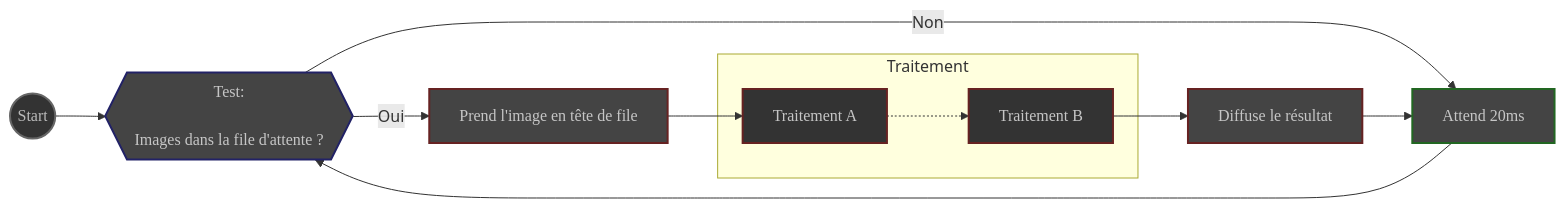
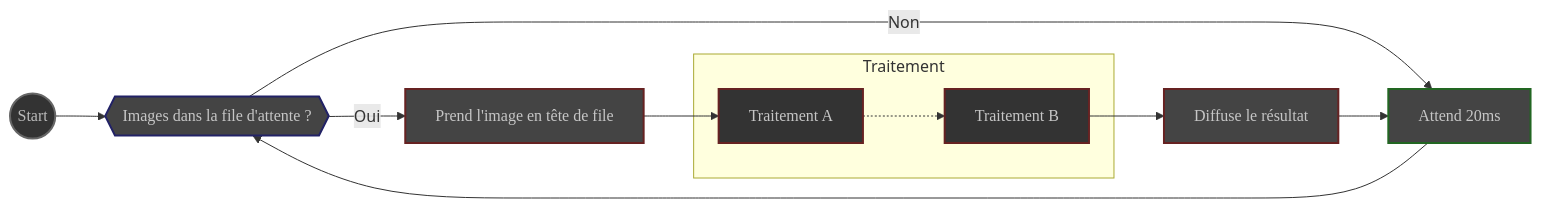
The second of 4 diagrams in content/fr/docs/v0.7/reference/modules/_index.md (deufrai/als), drawn with Mermaid before and after one commit. The commit also changed other lines of this file and 5 other files, not shown here.

Commit message:
add flowchart for dark subtraction process

````diff
--- a/content/fr/docs/v0.7/reference/modules/_index.md
+++ b/content/fr/docs/v0.7/reference/modules/_index.md
@@ -100,35 +100,35 @@
 ```mermaid
 flowchart LR
 DÉMARRER((Start))
-TEST{{Test:<br><br>Images dans la file d'attente ?}}
+TEST{{Images dans la file d'attente ?}}
 PRENDRE[Prend l'image en tête de file]
 subgraph Traitement
     A[Traitement A]
     B[Traitement B]
 end
 DIFFUSER[Diffuse le résultat]
 ATTENDRE[Attend 20ms]
 
 DÉMARRER --> TEST
 TEST -- Oui --> PRENDRE
 TEST -- Non --> ATTENDRE
 PRENDRE --> A
 A -.-> B
 B --> DIFFUSER
 DIFFUSER --> ATTENDRE
 ATTENDRE --> TEST
 
 classDef bounds fill: #333, stroke: #666, stroke-width: 2px, color: #BBB, font-family: 'Poppins', sans-serif
 classDef step fill: #444, stroke: #622, stroke-width:2px, color: #c6c6c6, font-family: 'Poppins',sans-serif
 classDef process fill: #333, stroke: #622, stroke-width: 2px, color: #c6c6c6, font-family: 'Poppins', sans-serif
 classDef wait  fill: #444, stroke: #262,stroke-width: 2px, color: #c6c6c6, font-family:'Poppins', sans-serif
 classDef test fill: #444, stroke: #226, stroke-width: 2px, color: #c6c6c6, font-family: 'Poppins', sans-serif
 
 class DÉMARRER bounds
 class TEST test
 class PRENDRE step
 class A process
 class B process
 class DIFFUSER step
 class ATTENDRE wait
 ```
````
